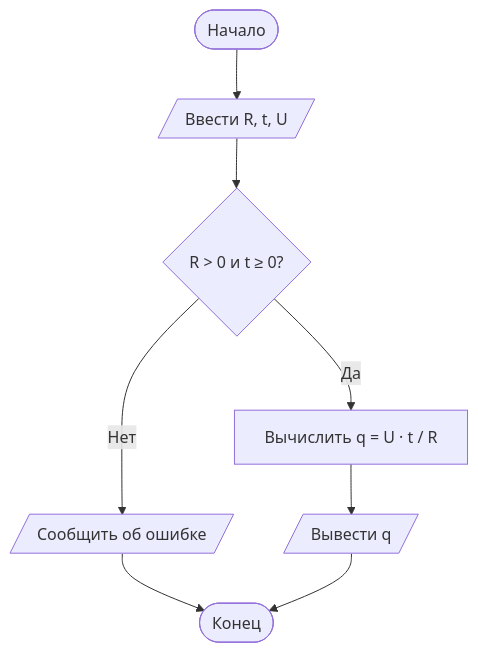
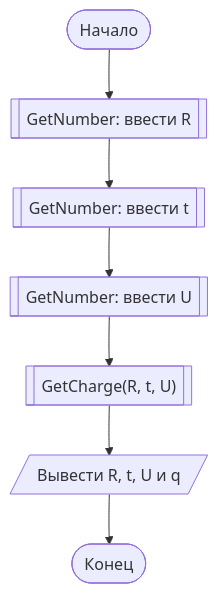
The first of 3 diagrams in Task 1/Task 1-3/Отчёт.md (lonelyy228/algoritmization-ibd621-2-variant-25-rework), drawn with Mermaid before and after one commit. The commit also changed other lines of this file and 1 other file, not shown here.

Commit message:
Упрощён ввод задания 1.3 и исправлены схемы

````diff
--- a/Task 1/Task 1-3/Отчёт.md
+++ b/Task 1/Task 1-3/Отчёт.md
@@ -7,10 +11,9 @@
 ```mermaid
 flowchart TD
-    A([Начало]) --> B[/Ввести R, t, U/]
-    B --> C{R > 0 и t ≥ 0?}
-    C -- Нет --> D[/Сообщить об ошибке/]
-    C -- Да --> E[Вычислить q = U · t / R]
-    E --> F[/Вывести q/]
-    D --> G([Конец])
-    F --> G
+    A([Начало]) --> B[["GetNumber: ввести R"]]
+    B --> C[["GetNumber: ввести t"]]
+    C --> D[["GetNumber: ввести U"]]
+    D --> E[["GetCharge(R, t, U)"]]
+    E --> F[/"Вывести R, t, U и q"/]
+    F --> G([Конец])
 ```
````
